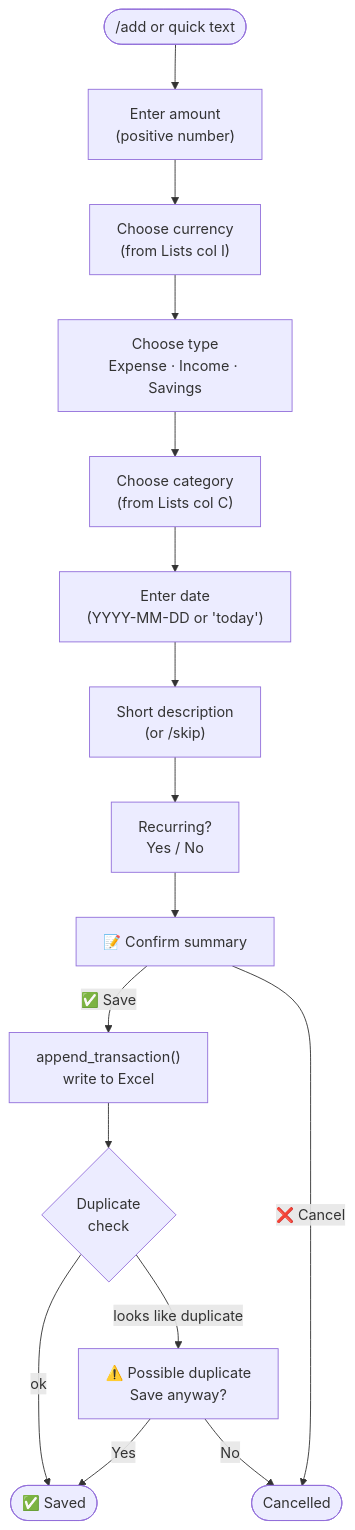
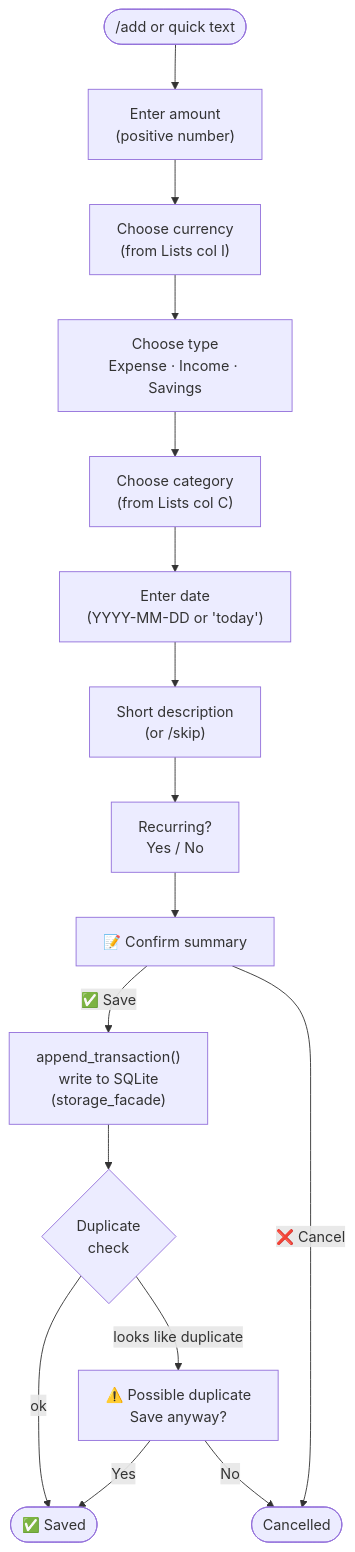
Before and after one commit to TeymurovFuad/family-budget-bot: the fourth of 11 diagrams in docs/architecture.md, drawn with Mermaid. The commit also changed other lines of this file and 2 other files, not shown here.

First line of the commit message:
docs: update README, architecture, and BACKLOG for SQLite + web UI (S1/S2) (#103)

````diff
--- a/docs/architecture.md
+++ b/docs/architecture.md
@@ -117,18 +132,18 @@
 ```mermaid
 flowchart TD
     START(["/add or quick text"]) --> VALUE["Enter amount\n(positive number)"]
     VALUE --> CCY["Choose currency\n(from Lists col I)"]
     CCY --> TYPE["Choose type\nExpense · Income · Savings"]
     TYPE --> CAT["Choose category\n(from Lists col C)"]
     CAT --> DATE["Enter date\n(YYYY-MM-DD or 'today')"]
     DATE --> DESC["Short description\n(or /skip)"]
     DESC --> RECUR["Recurring?\nYes / No"]
     RECUR --> CONFIRM["📝 Confirm summary"]
-    CONFIRM -->|"✅ Save"| WRITE["append_transaction()\nwrite to Excel"]
+    CONFIRM -->|"✅ Save"| WRITE["append_transaction()\nwrite to SQLite\n(storage_facade)"]
     CONFIRM -->|"❌ Cancel"| END2([Cancelled])
     WRITE --> DUP{"Duplicate\ncheck"}
     DUP -->|"looks like duplicate"| WARN["⚠️ Possible duplicate\nSave anyway?"]
     WARN -->|"Yes"| SAVED(["✅ Saved"])
     WARN -->|"No"| END2
     DUP -->|"ok"| SAVED
 ```
````
